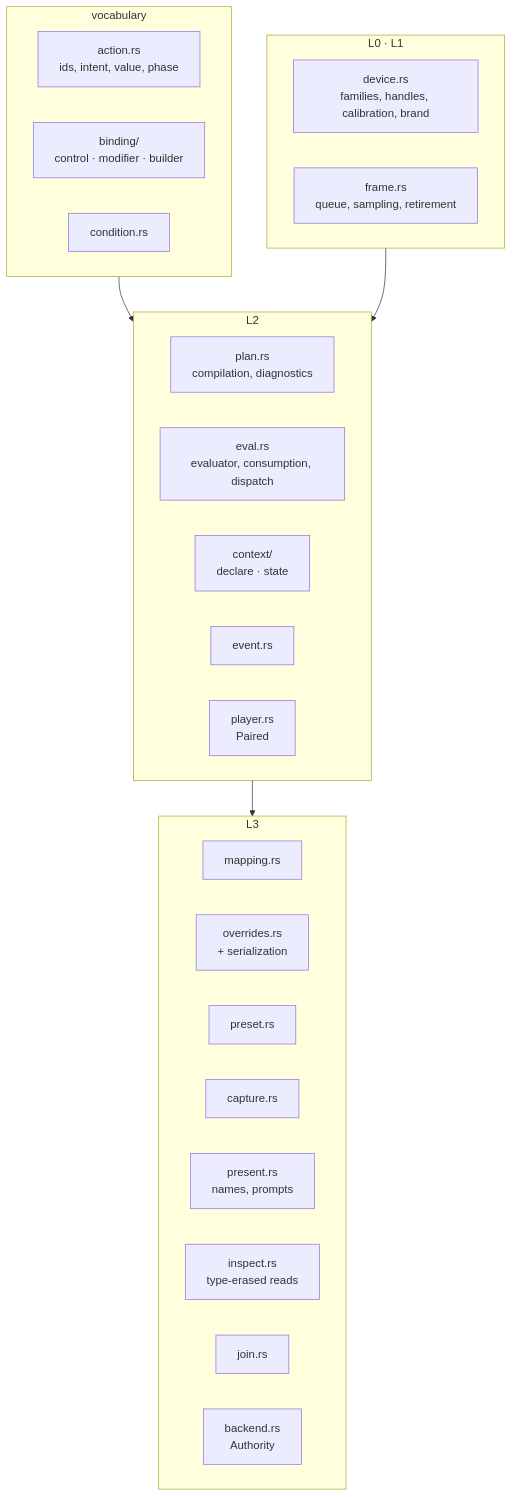
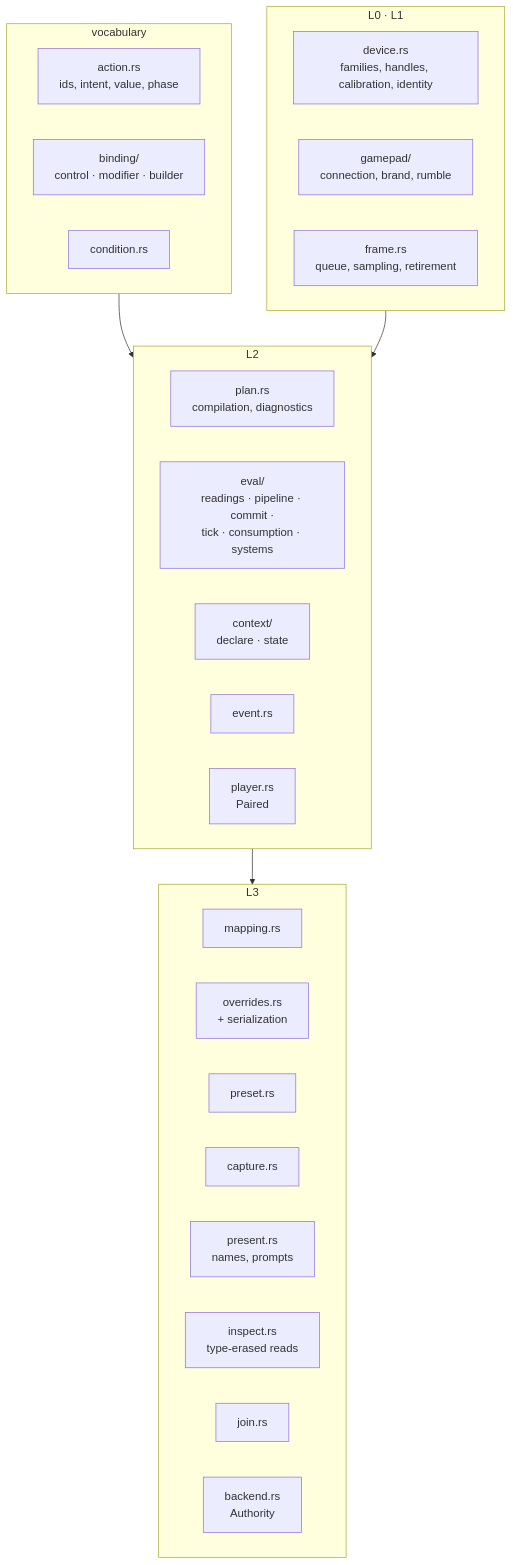
Diagram 16 of 16 in docs/architecture.md (viridia/bevy_action_map), drawn with Mermaid before and after one commit. The commit also changed other lines of this file and 5 other files, not shown here.

````diff
--- a/docs/architecture.md
+++ b/docs/architecture.md
@@ -571,32 +631,33 @@
 ```mermaid
 flowchart TB
     subgraph vocab["vocabulary"]
         action["action.rs<br/>ids, intent, value, phase"]
         binding["binding/<br/>control · modifier · builder"]
         condition["condition.rs"]
     end
     subgraph low["L0 · L1"]
-        device["device.rs<br/>families, handles, calibration, brand"]
+        device["device.rs<br/>families, handles, calibration, identity"]
+        gamepad["gamepad/<br/>connection, brand, rumble"]
         frame["frame.rs<br/>queue, sampling, retirement"]
     end
     subgraph core["L2"]
         plan["plan.rs<br/>compilation, diagnostics"]
-        eval["eval.rs<br/>evaluator, consumption, dispatch"]
+        eval["eval/<br/>readings · pipeline · commit ·<br/>tick · consumption · systems"]
         context["context/<br/>declare · state"]
         event["event.rs"]
         player["player.rs<br/>Paired"]
     end
     subgraph out["L3"]
         mapping["mapping.rs"]
         overrides["overrides.rs<br/>+ serialization"]
         preset["preset.rs"]
         capture["capture.rs"]
         present["present.rs<br/>names, prompts"]
         inspect["inspect.rs<br/>type-erased reads"]
         join["join.rs"]
         backend["backend.rs<br/>Authority"]
     end
     vocab --> core
     low --> core
     core --> out
 ```
````
